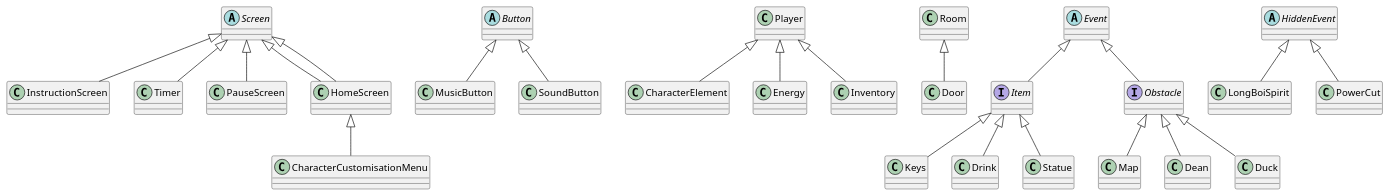
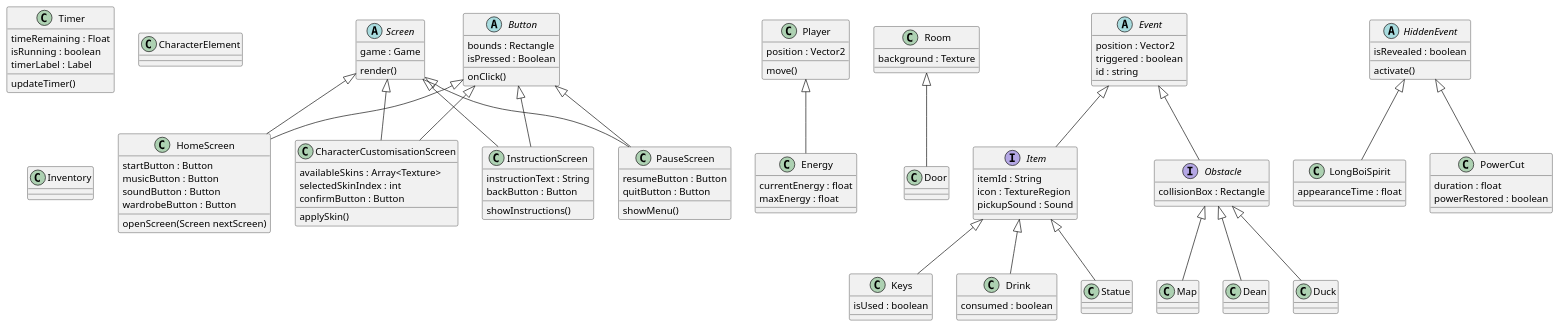
One commit to WHALES-ENG1/WHALES-Assets changed the diagram in Architecture/classDiagram.puml. Above: the diagram before and after it, drawn with PlantUML.

Commit message:
add fields and methods

```diff
--- a/Architecture/classDiagram.puml
+++ b/Architecture/classDiagram.puml
@@ -1,45 +1,144 @@
 @startuml
 
+'Misc
+
+'Is this a screen?
+class Timer {
+    timeRemaining : Float
+    isRunning : boolean
+    timerLabel : Label
+    updateTimer()
+}
+
+'What is this
+class CharacterElement
+
+'Where does this go
+class Inventory
+
 'Screen
-abstract class Screen
-abstract class Button
+abstract class Screen {
+    game : Game
+    render()
+}
+
+class InstructionScreen {
+    instructionText : String
+    backButton : Button
+    showInstructions()
+}
+
+class PauseScreen {
+    resumeButton : Button
+    quitButton : Button
+    showMenu()
+}
+
+class HomeScreen {
+    startButton : Button
+    musicButton : Button
+    soundButton : Button
+    wardrobeButton : Button
+    openScreen(Screen nextScreen)
+}
+
+class CharacterCustomisationScreen {
+   availableSkins : Array<Texture>
+   selectedSkinIndex : int
+   confirmButton : Button
+   applySkin()
+}
 
 Screen <|-- InstructionScreen
-Screen <|-- Timer
+Button <|-- InstructionScreen
+
+Button <|-- PauseScreen
 Screen <|-- PauseScreen
+
+Button <|-- HomeScreen
 Screen <|-- HomeScreen
-Screen <|-- HomeScreen
-HomeScreen <|-- CharacterCustomisationMenu
 
-Button <|-- MusicButton
-Button <|-- SoundButton
+Button <|-- CharacterCustomisationScreen
+Screen <|-- CharacterCustomisationScreen
+
+'Button
+abstract class Button {
+    bounds : Rectangle
+    isPressed : Boolean
+    onClick()
+}
 
 'Player
-Player <|-- CharacterElement
+class Player {
+    position : Vector2
+    move()
+}
+
+class Energy {
+    currentEnergy : float
+    maxEnergy : float
+}
+
 Player <|-- Energy
-Player <|-- Inventory
+
 
 'Room
+class Room {
+    background : Texture
+}
+
 Room <|-- Door
 
 'Event
-interface Item
-interface Obstacle
-abstract class Event
+abstract class Event {
+    position : Vector2
+    triggered : boolean
+    id : string
+}
+
+interface Item {
+    itemId : String
+    icon : TextureRegion
+    pickupSound : Sound
+}
+
+interface Obstacle {
+    collisionBox : Rectangle
+}
+
+class Keys {
+    isUsed : boolean
+}
+
+class Drink {
+    consumed : boolean
+}
 
 Event <|-- Item
 Event <|-- Obstacle
 Obstacle <|-- Map
 Obstacle <|-- Dean
 Obstacle <|-- Duck
 Item <|-- Keys
 Item <|-- Drink
 Item <|-- Statue
 
 'Hidden Event
-abstract class HiddenEvent
+abstract class HiddenEvent {
+    isRevealed : boolean
+    activate()
+}
+
+class LongBoiSpirit {
+    appearanceTime : float
+}
+
+class PowerCut {
+    duration : float
+    powerRestored : boolean
+}
 
 HiddenEvent <|-- LongBoiSpirit
 HiddenEvent <|-- PowerCut
 
 @enduml
```
